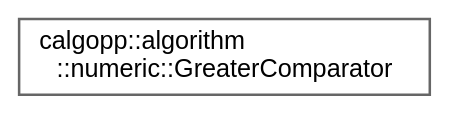
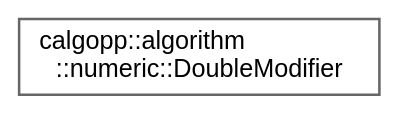
Before and after one commit to pawelekg95/algopp: the diagram in inherit_graph_1.dot, drawn with Graphviz. The commit also changed 136 other files, not shown here.

```diff
--- a/inherit_graph_1.dot
+++ b/inherit_graph_1.dot
@@ -1,9 +1,9 @@
 digraph "Graphical Class Hierarchy"
 {
  // LATEX_PDF_SIZE
   bgcolor="transparent";
   edge [fontname=Helvetica,fontsize=10,labelfontname=Helvetica,labelfontsize=10];
   node [fontname=Helvetica,fontsize=10,shape=box,height=0.2,width=0.4];
   rankdir="LR";
-  Node0 [label="calgopp::algorithm\l::numeric::GreaterComparator",height=0.2,width=0.4,color="grey40", fillcolor="white", style="filled",URL="$structcalgopp_1_1algorithm_1_1numeric_1_1GreaterComparator.html",tooltip=" "];
+  Node0 [label="calgopp::algorithm\l::numeric::DoubleModifier",height=0.2,width=0.4,color="grey40", fillcolor="white", style="filled",URL="$structcalgopp_1_1algorithm_1_1numeric_1_1DoubleModifier.html",tooltip=" "];
 }
```
